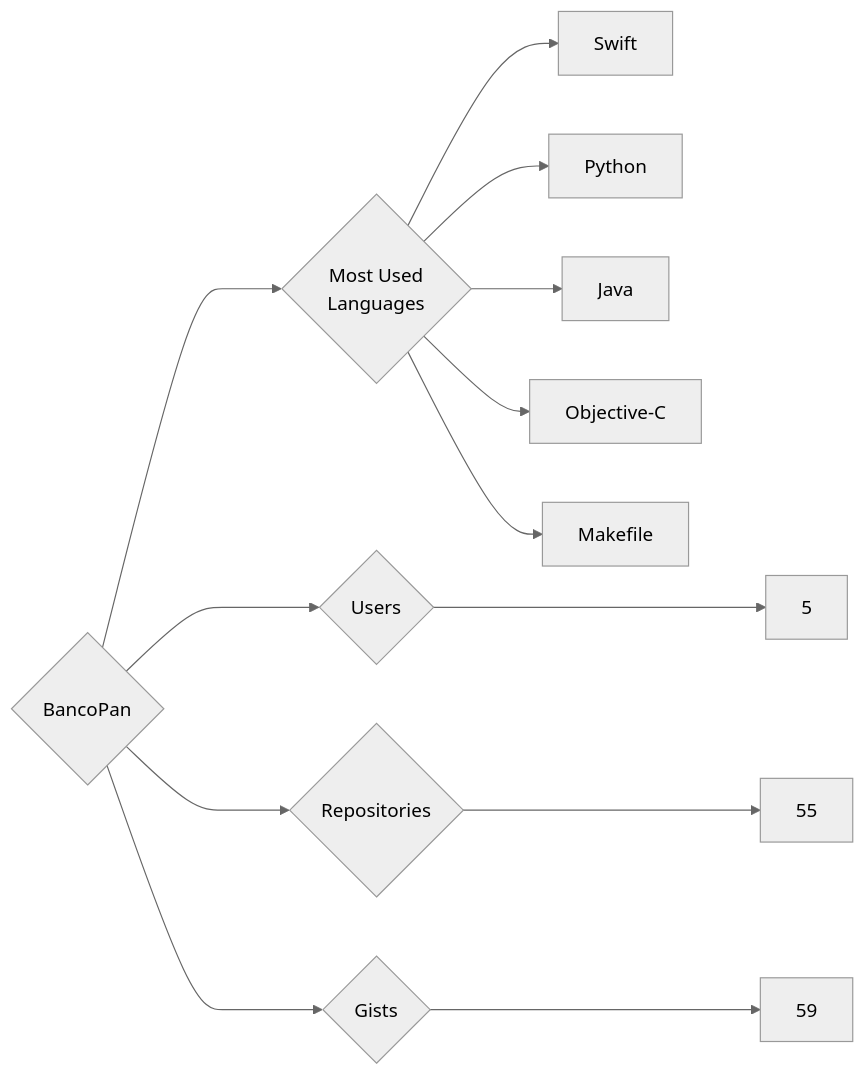
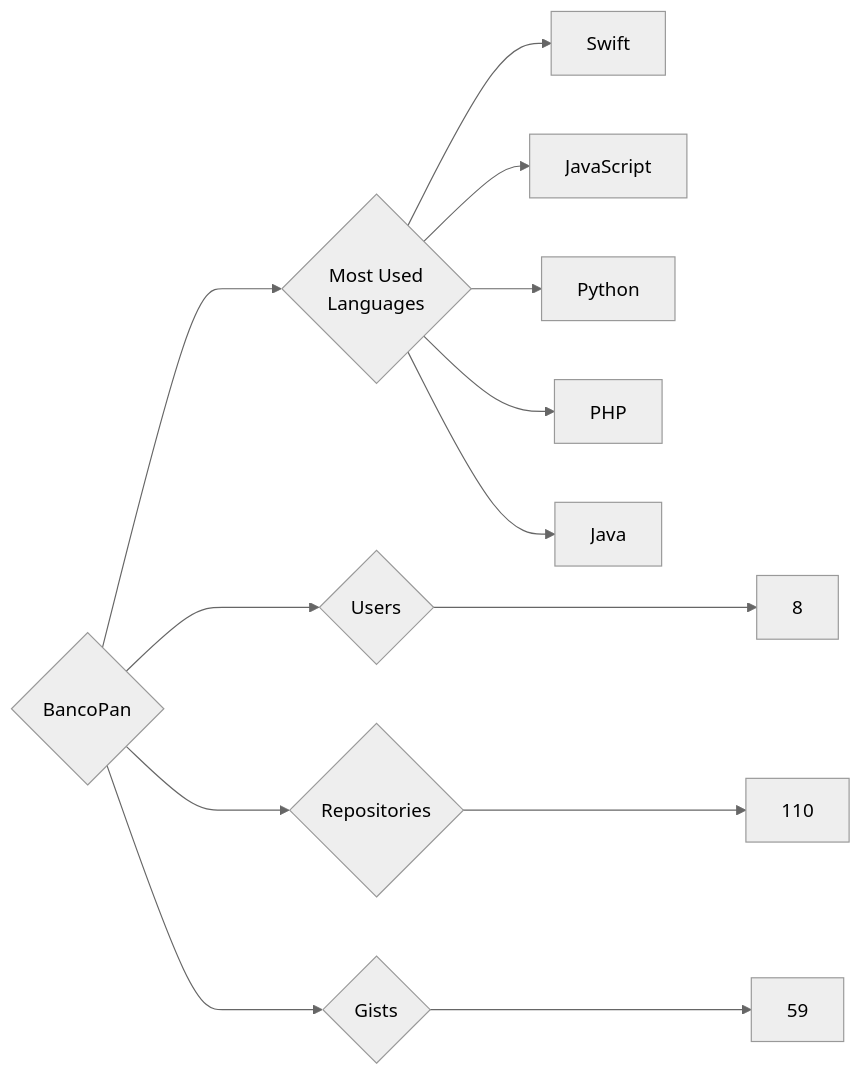
Before and after one commit to trickest/insiders: the diagram in targets/BancoPan/README.md, drawn with Mermaid (neutral theme). The commit also changed 1089 other files, not shown here.

````diff
--- a/targets/BancoPan/README.md
+++ b/targets/BancoPan/README.md
@@ -3,13 +3,13 @@
 ```mermaid
 graph LR
 COMPANY_NAME{BancoPan}
-COMPANY_NAME ---> U{Users} ---> UN[5]
-COMPANY_NAME ---> R{Repositories} ---> RN[55]
+COMPANY_NAME ---> U{Users} ---> UN[8]
+COMPANY_NAME ---> R{Repositories} ---> RN[110]
 COMPANY_NAME ---> G{Gists} ---> GN[59]
 COMPANY_NAME ---> ML{Most Used<br>Languages}
 ML --> Swift[Swift]
+ML --> JavaScript[JavaScript]
 ML --> Python[Python]
+ML --> PHP[PHP]
 ML --> Java[Java]
-ML --> Objective-C[Objective-C]
-ML --> Makefile[Makefile]
 ```
````
